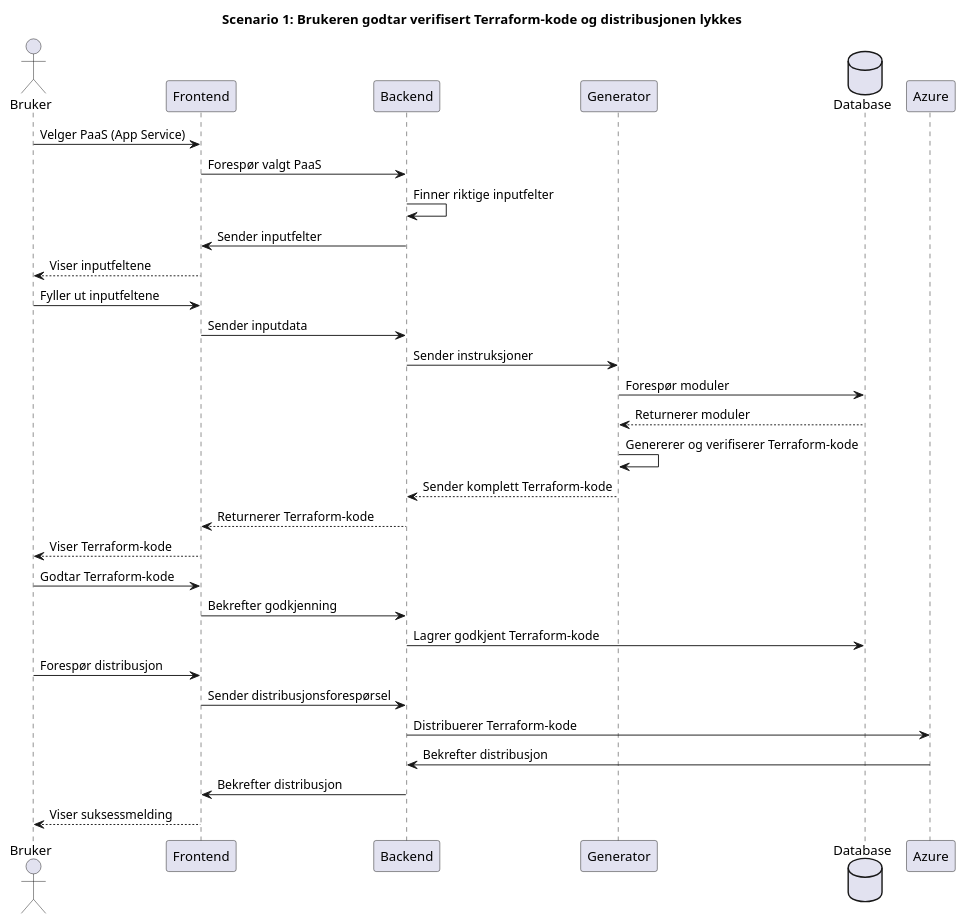
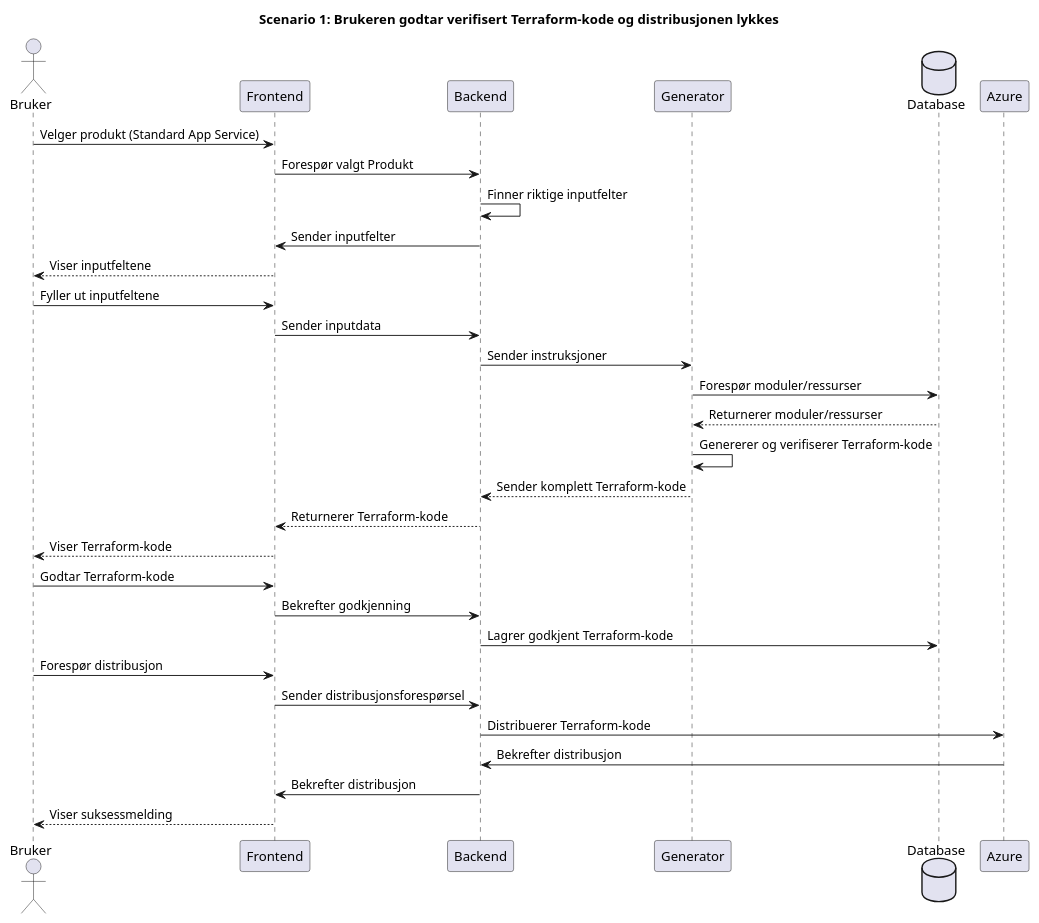
Before and after one commit to Bachelor-B25ITK12/Diagrammer: the diagram in UML_Diagrammer/Applikasjonsflyt-Manuell-v3/distribusjon_vellykket.puml, drawn with PlantUML. The commit also changed 19 other files, not shown here.

Commit message:
oppdatterte alle scenariene med riktige begreper, fra PaaS til produkt osv.

```diff
--- a/UML_Diagrammer/Applikasjonsflyt-Manuell-v3/distribusjon_vellykket.puml
+++ b/UML_Diagrammer/Applikasjonsflyt-Manuell-v3/distribusjon_vellykket.puml
@@ -1,39 +1,39 @@
 @startuml
 title Scenario 1: Brukeren godtar verifisert Terraform-kode og distribusjonen lykkes
 
 actor Bruker as Bruker
 participant Frontend as Frontend
 participant Backend as Backend
 participant Generator as Generator
 database Database as Database
 participant Azure as Azure
 
-Bruker        ->      Frontend        :   Velger PaaS (App Service)
-Frontend      ->      Backend         :   Forespør valgt PaaS
+Bruker        ->      Frontend        :   Velger produkt (Standard App Service)
+Frontend      ->      Backend         :   Forespør valgt Produkt
 Backend       ->      Backend         :   Finner riktige inputfelter
 Backend       ->      Frontend        :   Sender inputfelter
 Frontend      -->     Bruker          :   Viser inputfeltene
 Bruker        ->      Frontend        :   Fyller ut inputfeltene
 Frontend      ->      Backend         :   Sender inputdata
 Backend       ->      Generator       :   Sender instruksjoner
 
-Generator     ->      Database        :   Forespør moduler
-Database      -->     Generator       :   Returnerer moduler
+Generator     ->      Database        :   Forespør moduler/ressurser
+Database      -->     Generator       :   Returnerer moduler/ressurser
 Generator     ->      Generator       :   Genererer og verifiserer Terraform-kode
 Generator     -->     Backend         :   Sender komplett Terraform-kode
 
 Backend       -->     Frontend        :   Returnerer Terraform-kode
 Frontend      -->     Bruker          :   Viser Terraform-kode
 Bruker        ->      Frontend        :   Godtar Terraform-kode
 
 Frontend      ->      Backend         :   Bekrefter godkjenning
 Backend       ->      Database        :   Lagrer godkjent Terraform-kode
 Bruker        ->      Frontend        :   Forespør distribusjon
 Frontend      ->      Backend         :   Sender distribusjonsforespørsel
 Backend       ->      Azure           :   Distribuerer Terraform-kode
 
 Azure         ->      Backend         :   Bekrefter distribusjon
 Backend       ->      Frontend        :   Bekrefter distribusjon
 Frontend      -->     Bruker          :   Viser suksessmelding
 
 @enduml
```
